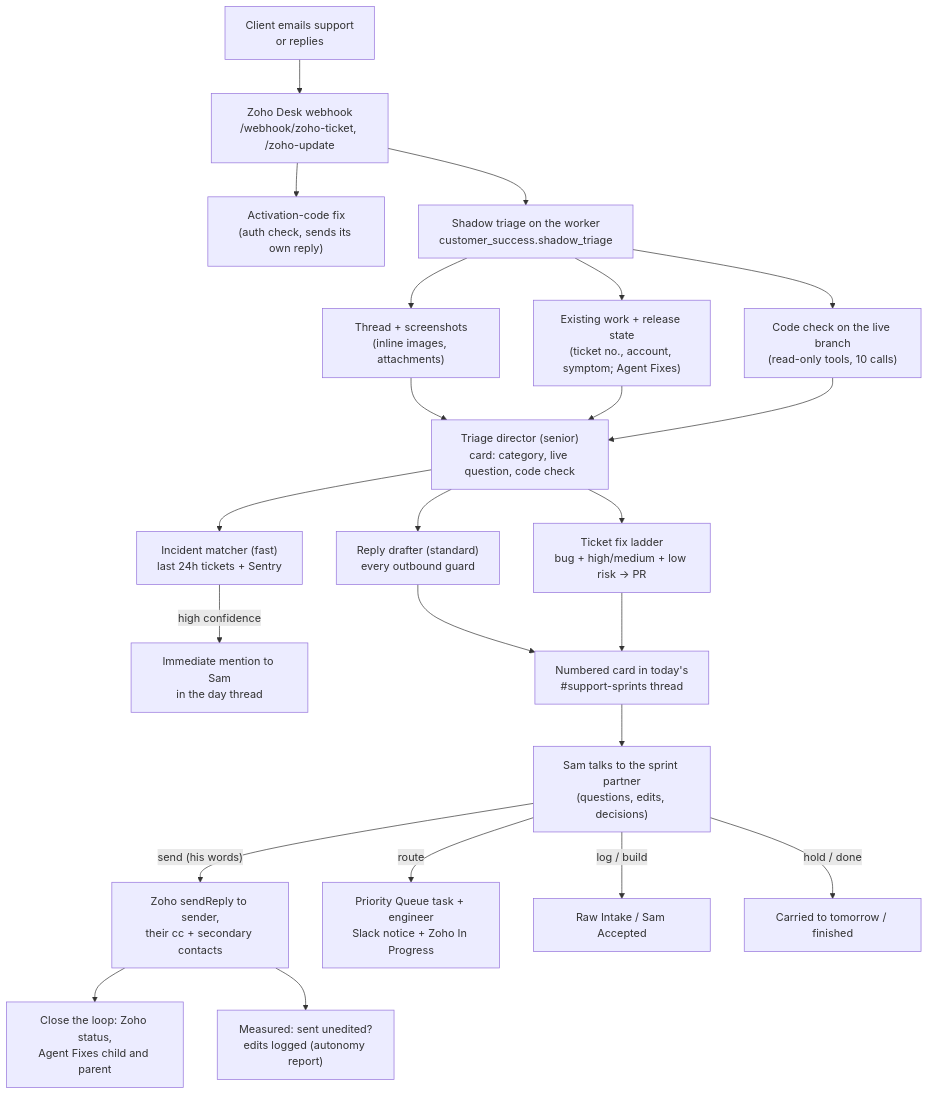
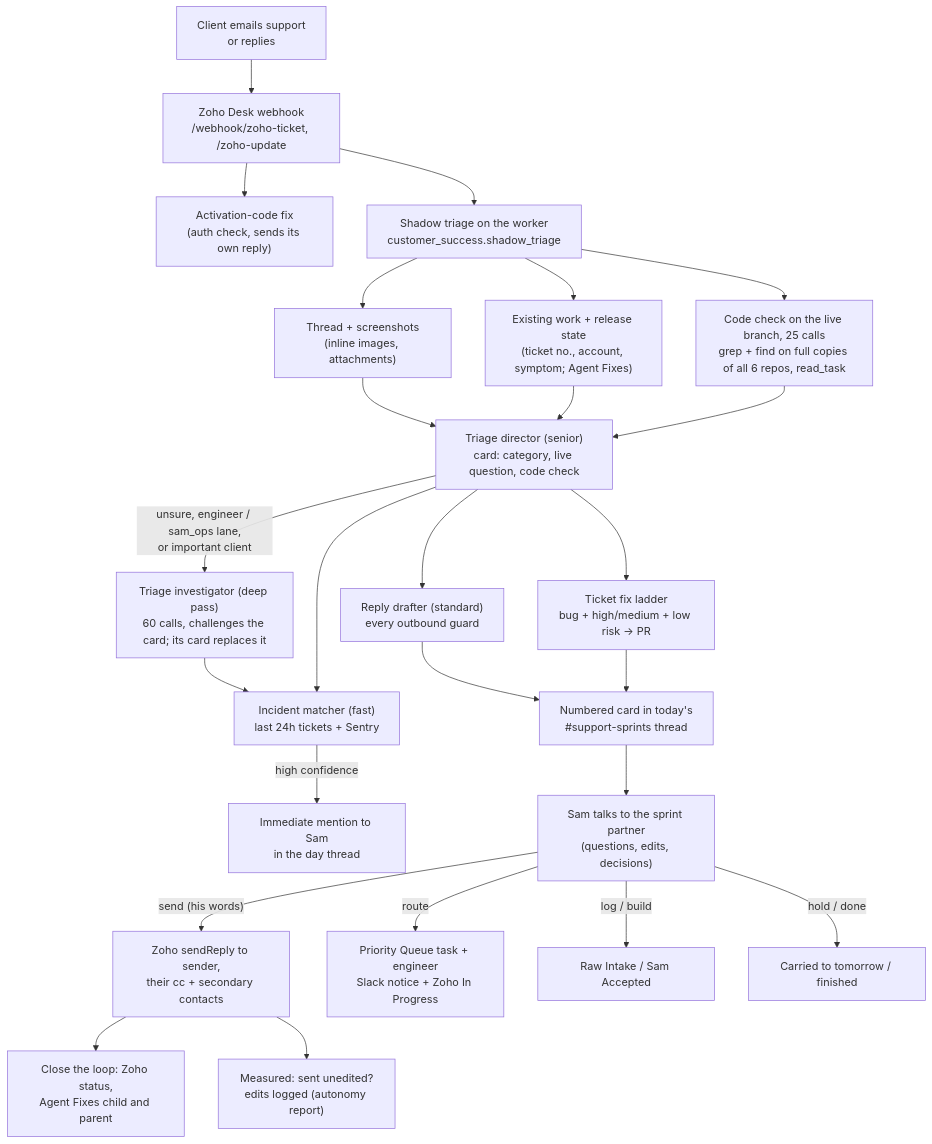
The first of 12 diagrams in WORKFLOWS.md (vomeadmin/vome-os), drawn with Mermaid before and after one commit. The commit also changed other lines of this file and 30 other files, not shown here.

````diff
--- a/WORKFLOWS.md
+++ b/WORKFLOWS.md
@@ -30,22 +30,24 @@
 ```mermaid
 flowchart TD
   A["Client emails support<br/>or replies"]:::live --> B["Zoho Desk webhook<br/>/webhook/zoho-ticket, /zoho-update"]:::live
   B --> AC["Activation-code fix<br/>(auth check, sends its own reply)"]:::live
   B --> S["Shadow triage on the worker<br/>customer_success.shadow_triage"]:::deployed
   S --> S1["Thread + screenshots<br/>(inline images, attachments)"]:::deployed
   S --> S2["Existing work + release state<br/>(ticket no., account, symptom; Agent Fixes)"]:::deployed
-  S --> S3["Code check on the live branch<br/>(read-only tools, 10 calls)"]:::built
+  S --> S3["Code check on the live branch, 25 calls<br/>grep + find on full copies of all 6 repos, read_task"]:::built
   S1 & S2 & S3 --> T["Triage director (senior)<br/>card: category, live question, code check"]:::deployed
+  T -->|"unsure, engineer / sam_ops lane,<br/>or important client"| DP["Triage investigator (deep pass)<br/>60 calls, challenges the card; its card replaces it"]:::built
+  DP --> I
   T --> I["Incident matcher (fast)<br/>last 24h tickets + Sentry"]:::deployed
   I -->|high confidence| IA["Immediate mention to Sam<br/>in the day thread"]:::deployed
   T --> D["Reply drafter (standard)<br/>every outbound guard"]:::deployed
   T --> F["Ticket fix ladder<br/>bug + high/medium + low risk -> PR"]:::deployed
   D & F --> C["Numbered card in today's<br/>#support-sprints thread"]:::deployed
   C --> P["Sam talks to the sprint partner<br/>(questions, edits, decisions)"]:::deployed
   P -->|"send (his words)"| SE["Zoho sendReply to sender,<br/>their cc + secondary contacts"]:::deployed
   SE --> CL["Close the loop: Zoho status,<br/>Agent Fixes child and parent"]:::built
   P -->|route| R["Priority Queue task + engineer<br/>Slack notice + Zoho In Progress"]:::deployed
   P -->|log / build| FR["Raw Intake / Sam Accepted"]:::deployed
   P -->|hold / done| H["Carried to tomorrow / finished"]:::deployed
   SE --> M["Measured: sent unedited?<br/>edits logged (autonomy report)"]:::built
 ```
````
